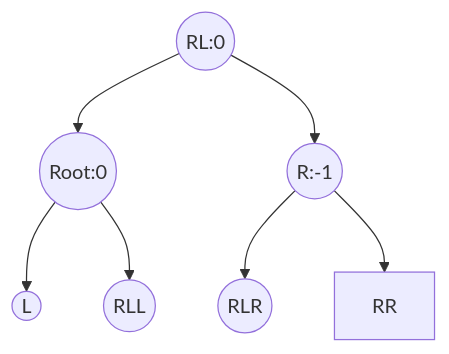
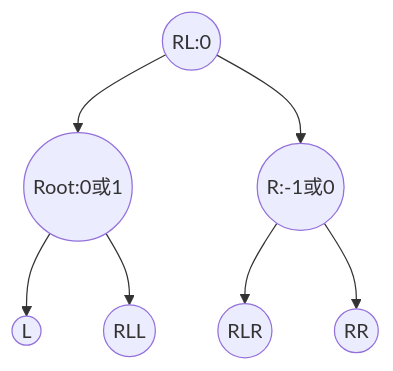
Diagram 12 of 12 in chapter7-search/README.md (yuzheng14/ds-wangdao), drawn with Mermaid before and after one commit. The commit also changed other lines of this file, not shown here.

Commit message:
细改图参数

````diff
--- a/chapter7-search/README.md
+++ b/chapter7-search/README.md
@@ -123,9 +123,9 @@
         ```mermaid
         flowchart TD
-        	RL((RL:0))-->Rt((Root:0))
-        	RL-->R((R:-1))
+        	RL((RL:0))-->Rt((Root:0或1))
+        	RL-->R((R:-1或0))
         	Rt-->L((L))
         	Rt-->RLL((RLL))
         	R-->RLR((RLR))
-        	R-->RR
+        	R-->RR((RR))
         ```
````
